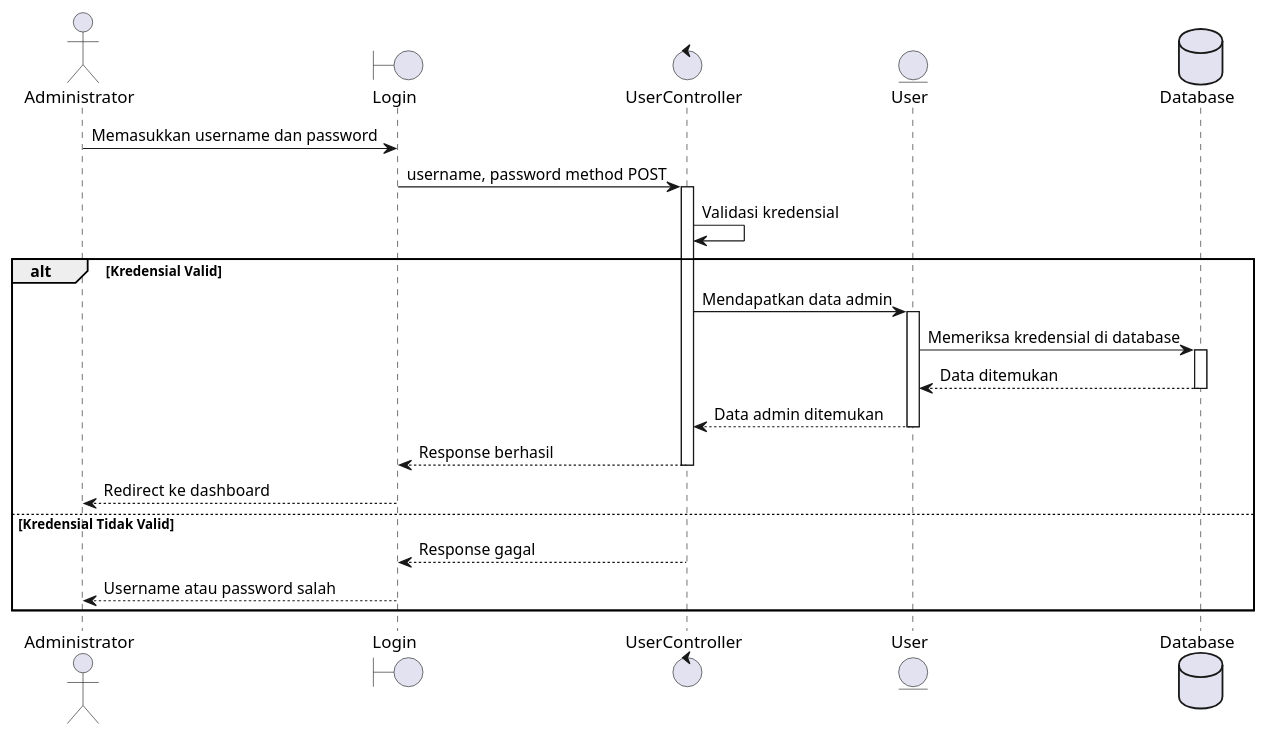
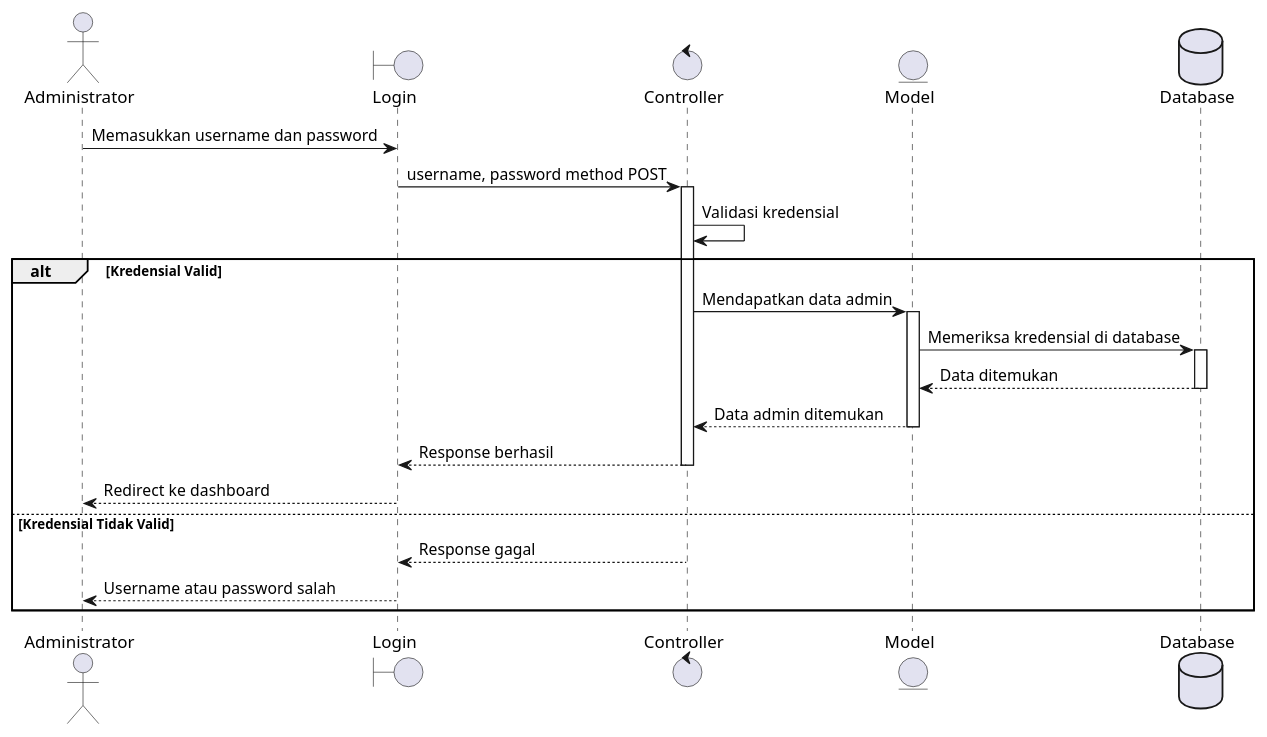
The diagram in Desain Aplikasi/Sequence Diagram/admin/login.pu (MIRLANI/JDIH_App_11), drawn with PlantUML before and after one commit. The commit also changed 27 other files, not shown here.

```diff
--- a/Desain Aplikasi/Sequence Diagram/admin/login.pu
+++ b/Desain Aplikasi/Sequence Diagram/admin/login.pu
@@ -1,35 +1,35 @@
 @startuml
 
 actor Administrator as admin
 boundary "Login" as login
-control "UserController" as controller
-entity "User" as model
+control "Controller" as controller
+entity "Model" as model
 database "Database" as db
 
 admin -> login : Memasukkan username dan password
 
 login -> controller: username, password method POST
 
 activate controller
 controller -> controller: Validasi kredensial
 
 alt Kredensial Valid
     controller -> model: Mendapatkan data admin
     activate model
     model -> db: Memeriksa kredensial di database
     activate db
     db --> model: Data ditemukan
     deactivate db
     model --> controller: Data admin ditemukan
     deactivate model
     controller --> login: Response berhasil
     deactivate controller
     login --> admin: Redirect ke dashboard
     
 else Kredensial Tidak Valid
     controller --> login: Response gagal
     deactivate controller
     login --> admin: Username atau password salah
 end
 
 @enduml
```
